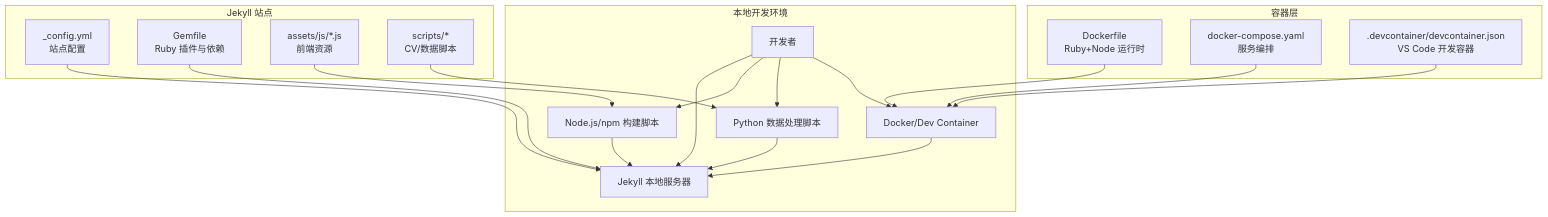
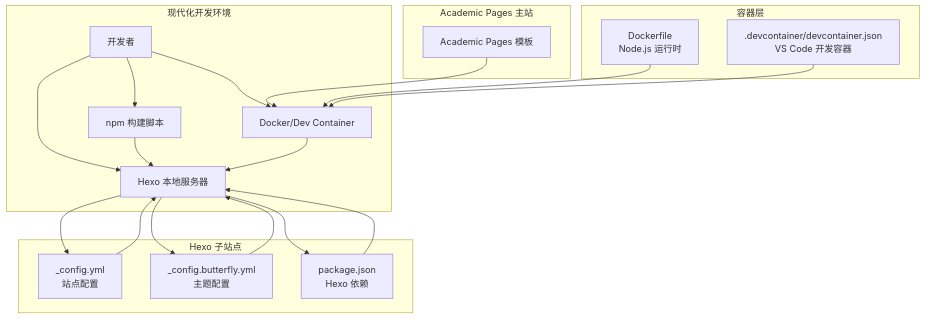
The second of 3 diagrams in .qoder/repowiki/zh/content/部署和维护/本地开发环境维护.md (CoolPig0720/CoolPig0720.github.io), drawn with Mermaid before and after one commit. The commit also changed other lines of this file and 36 other files, not shown here.

````diff
--- a/.qoder/repowiki/zh/content/部署和维护/本地开发环境维护.md
+++ b/.qoder/repowiki/zh/content/部署和维护/本地开发环境维护.md
@@ -96,23 +77,25 @@
 ```mermaid
 graph TB
-subgraph "本地开发环境"
-U["开发者"] --> S["Jekyll 本地服务器"]
-U --> N["Node.js/npm 构建脚本"]
-U --> P["Python 数据处理脚本"]
-U --> D["Docker/Dev Container"]
+subgraph "现代化开发环境"
+U["开发者"] --> HN["Hexo 本地服务器"]
+U --> NP["npm 构建脚本"]
+U --> DC["Docker/Dev Container"]
 end
-subgraph "Jekyll 站点"
-C["_config.yml<br/>站点配置"] --> S
-G["Gemfile<br/>Ruby 插件与依赖"] --> S
-A["assets/js/*.js<br/>前端资源"] --> N
-SC["scripts/*<br/>CV/数据脚本"] --> P
+subgraph "Hexo 子站点"
+HC["_config.yml<br/>站点配置"] --> HN
+HB["_config.butterfly.yml<br/>主题配置"] --> HN
+HP["package.json<br/>Hexo 依赖"] --> HN
+HN --> HP
+HN --> HC
+HN --> HB
+end
+subgraph "Academic Pages 主站"
+AP["Academic Pages 模板"] --> DC
 end
 subgraph "容器层"
-DF["Dockerfile<br/>Ruby+Node 运行时"] --> D
-DC["docker-compose.yaml<br/>服务编排"] --> D
-VC[".devcontainer/devcontainer.json<br/>VS Code 开发容器"] --> D
+DF["Dockerfile<br/>Node.js 运行时"] --> DC
+VC[".devcontainer/devcontainer.json<br/>VS Code 开发容器"] --> DC
 end
-N --> S
-P --> S
-D --> S
+NP --> HN
+DC --> HN
 ```
````
